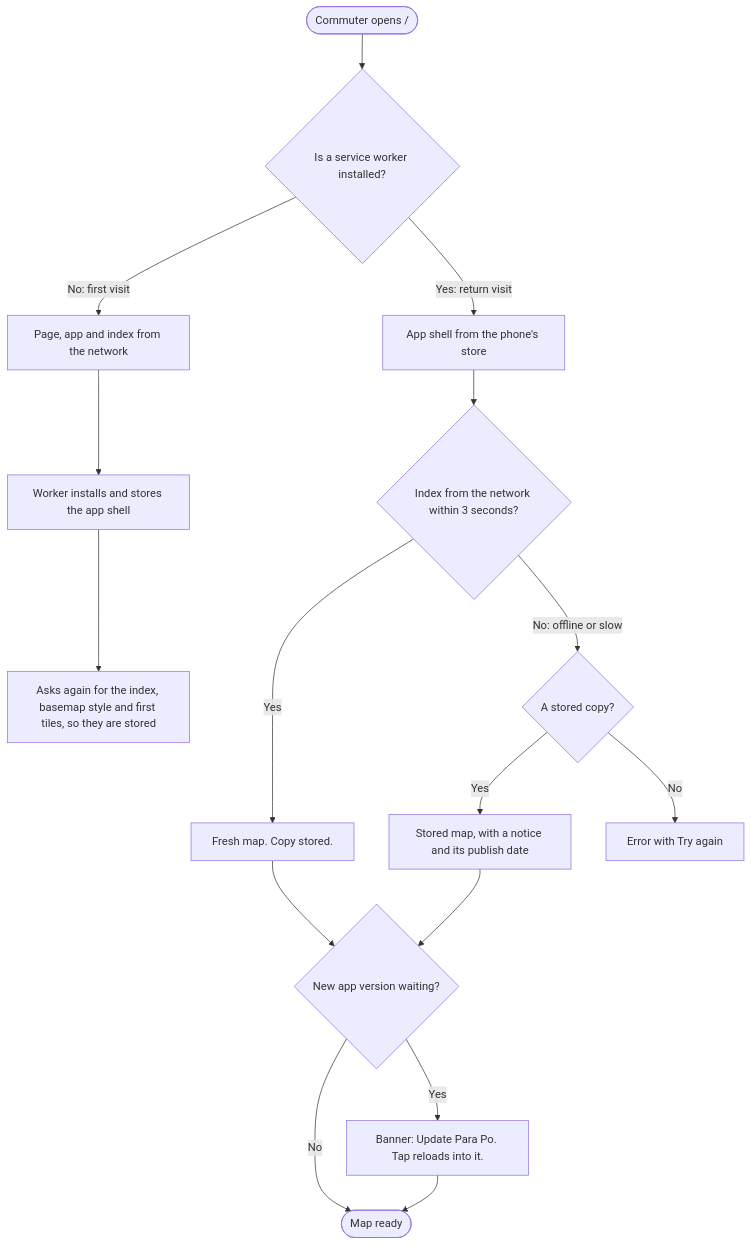
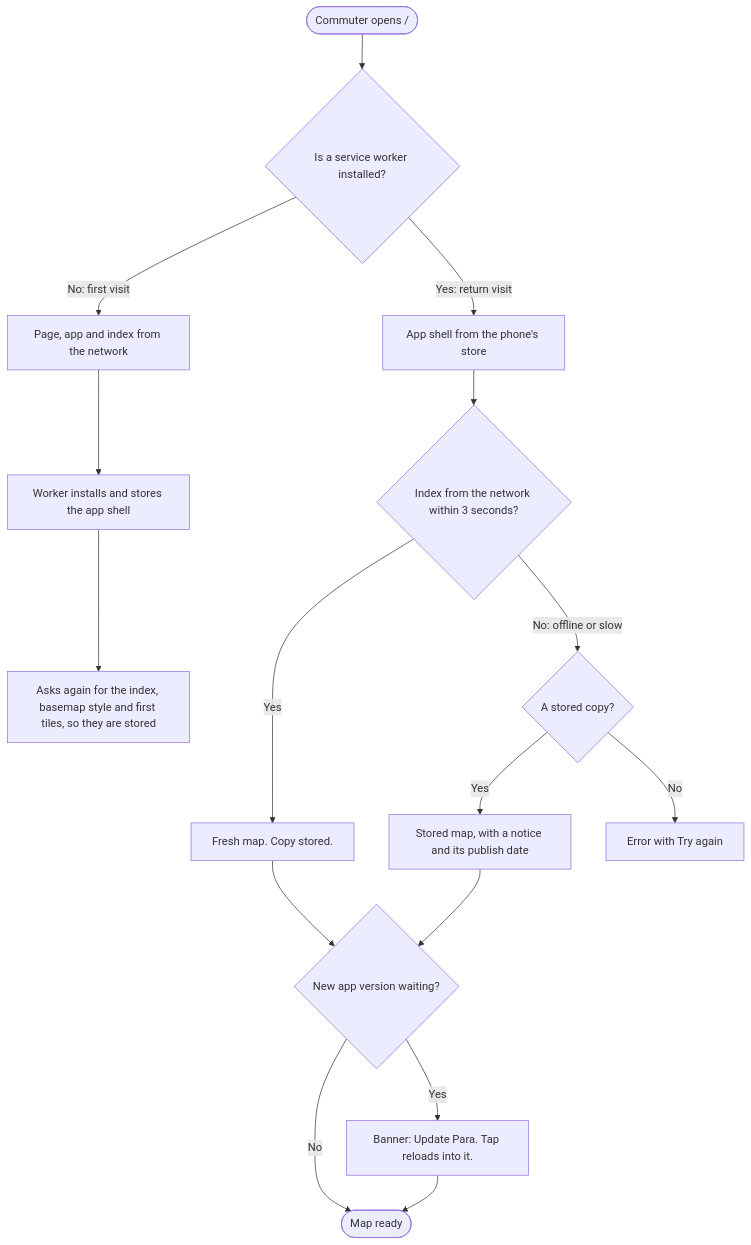
Before and after one commit to ParaOrg/Para: the third of 3 diagrams in docs/system-design.md, drawn with Mermaid. The commit also changed other lines of this file and 161 other files, not shown here.

````diff
--- a/docs/system-design.md
+++ b/docs/system-design.md
@@ -84,18 +84,18 @@
 ```mermaid
 flowchart TD
   open(["Commuter opens /"]) --> worker{"Is a service worker installed?"}
   worker -- "No: first visit" --> net1["Page, app and index from the network"]
   net1 --> install["Worker installs and stores the app shell"]
   install --> warm["Asks again for the index, basemap style and first tiles, so they are stored"]
   worker -- "Yes: return visit" --> shell["App shell from the phone's store"]
   shell --> ask{"Index from the network within 3 seconds?"}
   ask -- "Yes" --> fresh["Fresh map. Copy stored."]
   ask -- "No: offline or slow" --> copy{"A stored copy?"}
   copy -- "Yes" --> stale["Stored map, with a notice and its publish date"]
   copy -- "No" --> fail["Error with Try again"]
   fresh --> update{"New app version waiting?"}
   stale --> update
-  update -- "Yes" --> banner["Banner: Update Para Po. Tap reloads into it."]
+  update -- "Yes" --> banner["Banner: Update Para. Tap reloads into it."]
   update -- "No" --> done(["Map ready"])
   banner --> done
 ```
````
